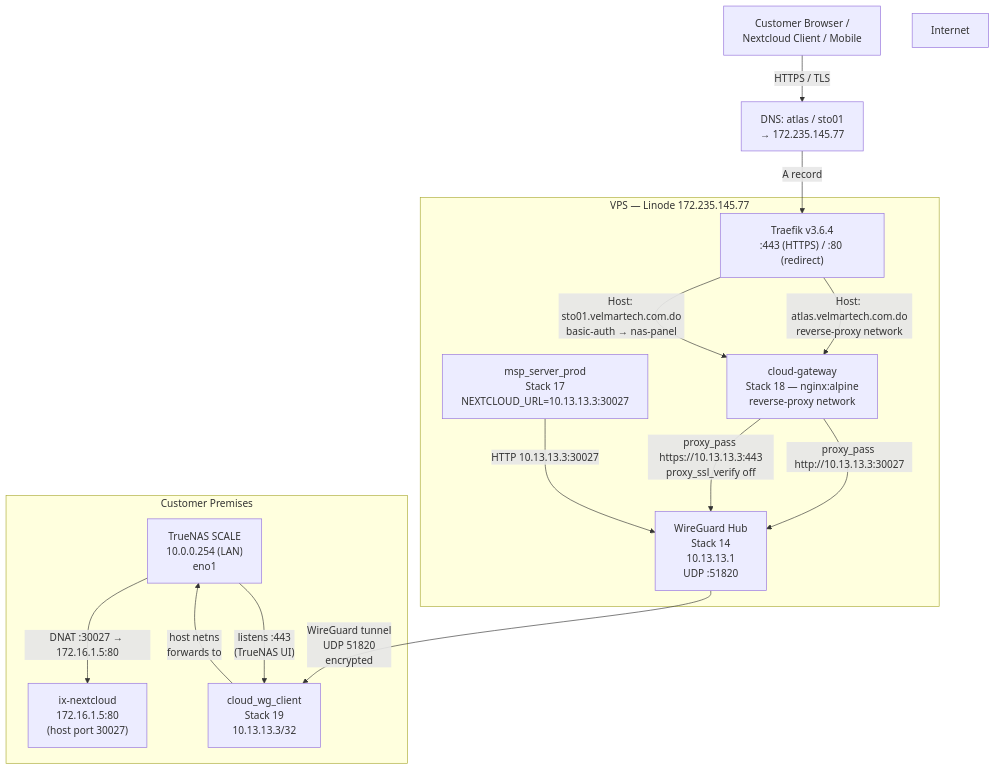
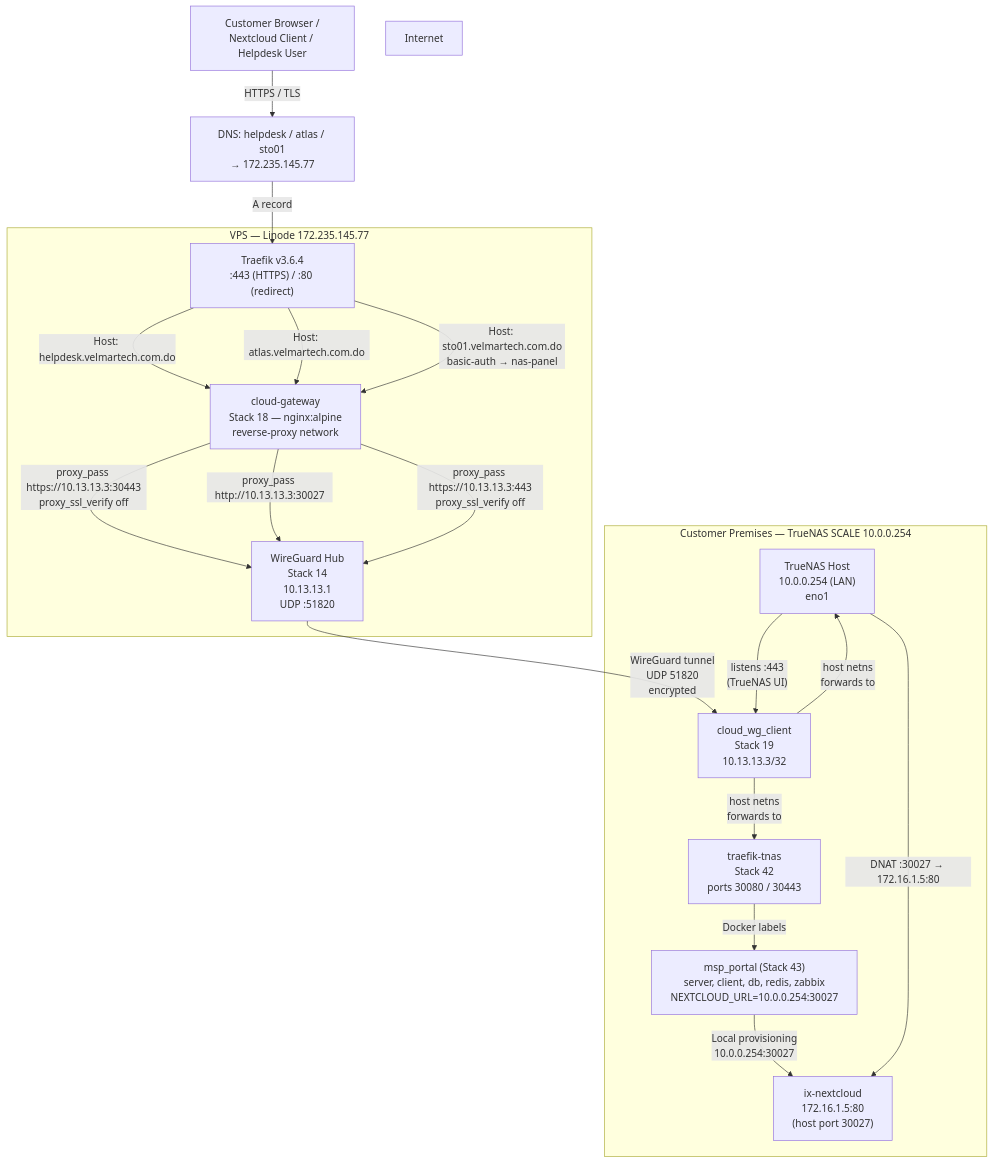
The first of 2 diagrams in docs/infrastructure/WIREGUARD_NEXTCLOUD_INTEGRATION.md (Velmar-Technology/msp_client_portal), drawn with Mermaid before and after one commit. The commit also changed other lines of this file and 3 other files, not shown here.

Commit message:
docs(infra): document Endpoint 4 TrueNAS migration and update Portainer API script

````diff
--- a/docs/infrastructure/WIREGUARD_NEXTCLOUD_INTEGRATION.md
+++ b/docs/infrastructure/WIREGUARD_NEXTCLOUD_INTEGRATION.md
@@ -36,31 +36,36 @@
 ```mermaid
 graph TD
-    subgraph "Customer Premises"
-        NAS["TrueNAS SCALE<br/>10.0.0.254 (LAN)<br/>eno1"]
+    subgraph "Customer Premises — TrueNAS SCALE 10.0.0.254"
+        NAS["TrueNAS Host<br/>10.0.0.254 (LAN)<br/>eno1"]
         NC["ix-nextcloud<br/>172.16.1.5:80<br/>(host port 30027)"]
         WGNAS["cloud_wg_client<br/>Stack 19<br/>10.13.13.3/32"]
+        TNEXTRAEFIK["traefik-tnas<br/>Stack 42<br/>ports 30080 / 30443"]
+        MSP["msp_portal (Stack 43)<br/>server, client, db, redis, zabbix<br/>NEXTCLOUD_URL=10.0.0.254:30027"]
     end
 
     subgraph "VPS — Linode 172.235.145.77"
         TRAEFIK["Traefik v3.6.4<br/>:443 (HTTPS) / :80 (redirect)"]
         GW["cloud-gateway<br/>Stack 18 — nginx:alpine<br/>reverse-proxy network"]
         WG["WireGuard Hub<br/>Stack 14<br/>10.13.13.1<br/>UDP :51820"]
-        MSP["msp_server_prod<br/>Stack 17<br/>NEXTCLOUD_URL=10.13.13.3:30027"]
     end
 
-    BROWSER["Customer Browser /<br/>Nextcloud Client / Mobile"]
+    BROWSER["Customer Browser /<br/>Nextcloud Client / Helpdesk User"]
     INTERNET["Internet"]
-    DNS["DNS: atlas / sto01<br/>→ 172.235.145.77"]
+    DNS["DNS: helpdesk / atlas / sto01<br/>→ 172.235.145.77"]
 
     BROWSER -- "HTTPS / TLS" --> DNS
     DNS -- "A record" --> TRAEFIK
-    TRAEFIK -- "Host: atlas.velmartech.com.do<br/>reverse-proxy network" --> GW
+    TRAEFIK -- "Host: helpdesk.velmartech.com.do" --> GW
+    TRAEFIK -- "Host: atlas.velmartech.com.do" --> GW
     TRAEFIK -- "Host: sto01.velmartech.com.do<br/>basic-auth → nas-panel" --> GW
+    GW -- "proxy_pass https://10.13.13.3:30443<br/>proxy_ssl_verify off" --> WG
     GW -- "proxy_pass http://10.13.13.3:30027" --> WG
     GW -- "proxy_pass https://10.13.13.3:443<br/>proxy_ssl_verify off" --> WG
-    MSP -- "HTTP 10.13.13.3:30027" --> WG
     WG -- "WireGuard tunnel<br/>UDP 51820<br/>encrypted" --> WGNAS
+    WGNAS -- "host netns<br/>forwards to" --> TNEXTRAEFIK
     WGNAS -- "host netns<br/>forwards to" --> NAS
+    TNEXTRAEFIK -- "Docker labels" --> MSP
+    MSP -- "Local provisioning<br/>10.0.0.254:30027" --> NC
     NAS -- "DNAT :30027 → 172.16.1.5:80" --> NC
     NAS -- "listens :443<br/>(TrueNAS UI)" --> WGNAS
 ```
````
